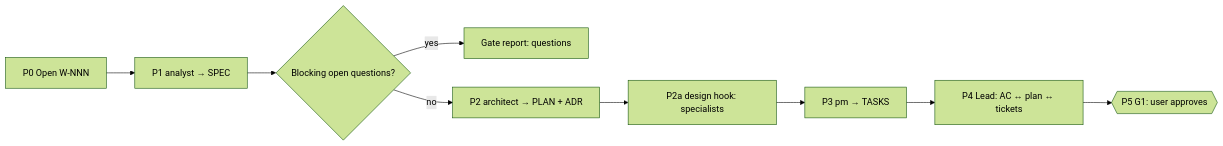
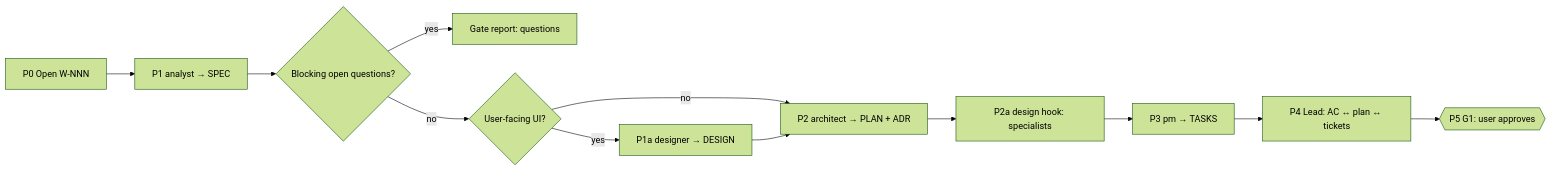
One commit to Tuan-Quyen/technical-teams changed the second of 4 diagrams in commands/feature.md. Above: the diagram before and after it, drawn with Mermaid (forest theme). The commit also changed other lines of this file and 22 other files, not shown here.

````diff
--- a/commands/feature.md
+++ b/commands/feature.md
@@ -59,11 +59,14 @@
 ```mermaid
 flowchart LR
   S0[P0 Open W-NNN] --> S1[P1 analyst → SPEC]
   S1 --> Q{Blocking open questions?}
   Q -- yes --> GQ[Gate report: questions]
-  Q -- no --> S2[P2 architect → PLAN + ADR]
+  Q -- no --> UI{User-facing UI?}
+  UI -- yes --> S1a[P1a designer → DESIGN]
+  UI -- no --> S2
+  S1a --> S2[P2 architect → PLAN + ADR]
   S2 --> H[P2a design hook: specialists]
   H --> S3[P3 pm → TASKS]
   S3 --> S4[P4 Lead: AC ↔ plan ↔ tickets]
   S4 --> G1{{P5 G1: user approves}}
 ```
````
